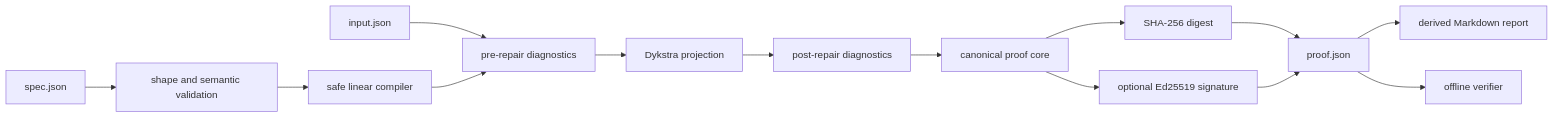
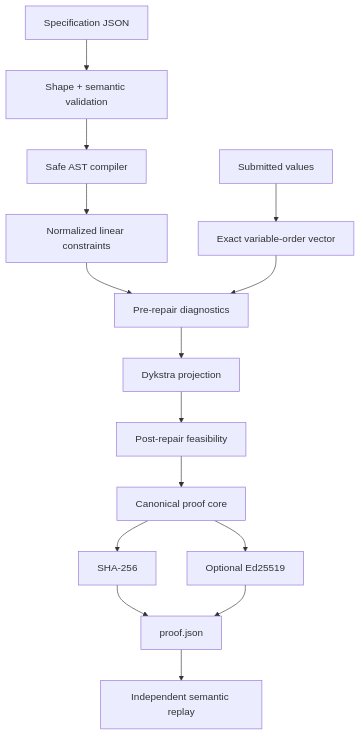
The diagram in docs/ARCHITECTURE.md (FlorianStuettgen/EQ-Proof), drawn with Mermaid before and after one commit. The commit also changed other lines of this file and 68 other files, not shown here.

Commit message:
Elevate EQ-Proof with semantic replay and elite documentation

````diff
--- a/docs/ARCHITECTURE.md
+++ b/docs/ARCHITECTURE.md
@@ -26,16 +34,17 @@
 ```mermaid
-flowchart LR
-    S[spec.json] --> V[shape and semantic validation]
-    V --> C[safe linear compiler]
-    I[input.json] --> D[pre-repair diagnostics]
-    C --> D
-    D --> P[Dykstra projection]
-    P --> R[post-repair diagnostics]
-    R --> J[canonical proof core]
-    J --> H[SHA-256 digest]
-    J --> E[optional Ed25519 signature]
-    H --> O[proof.json]
-    E --> O
-    O --> M[derived Markdown report]
-    O --> X[offline verifier]
+flowchart TD
+    SPEC[Specification JSON] --> SHAPE[Shape + semantic validation]
+    SHAPE --> AST[Safe AST compiler]
+    AST --> MATRICES[Normalized linear constraints]
+    INPUT[Submitted values] --> VECTOR[Exact variable-order vector]
+    MATRICES --> BEFORE[Pre-repair diagnostics]
+    VECTOR --> BEFORE
+    BEFORE --> PROJECTION[Dykstra projection]
+    PROJECTION --> AFTER[Post-repair feasibility]
+    AFTER --> CORE[Canonical proof core]
+    CORE --> DIGEST[SHA-256]
+    CORE --> SIGN[Optional Ed25519]
+    DIGEST --> ARTIFACT[proof.json]
+    SIGN --> ARTIFACT
+    ARTIFACT --> REPLAY[Independent semantic replay]
 ```
````
